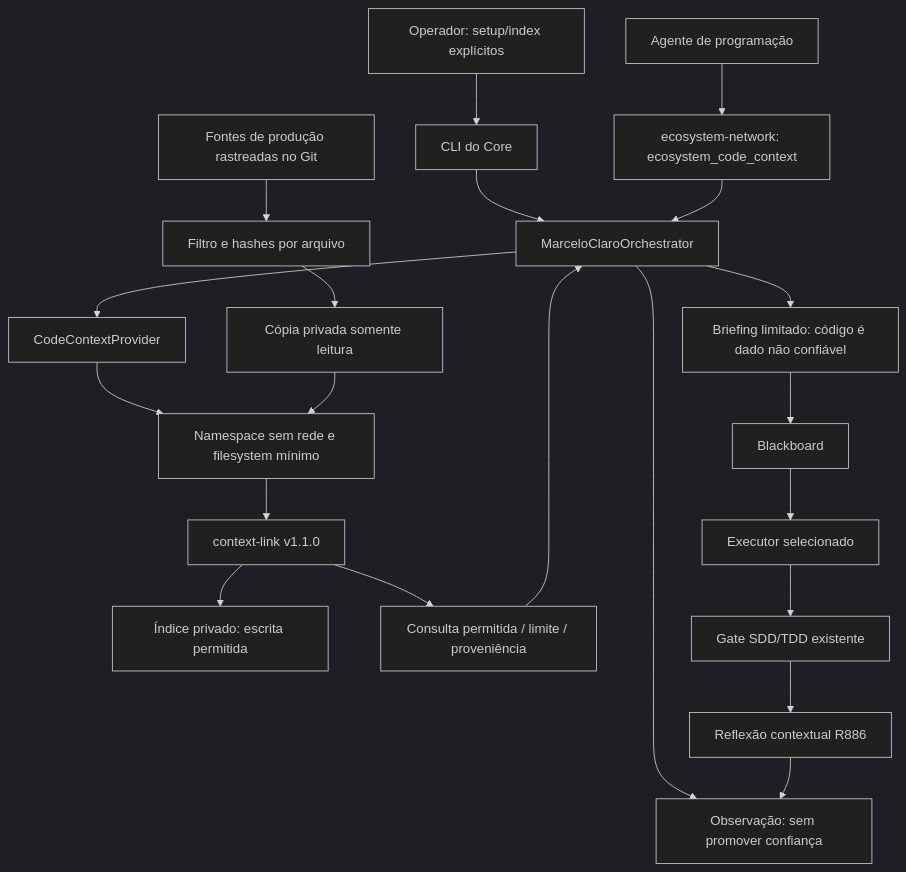
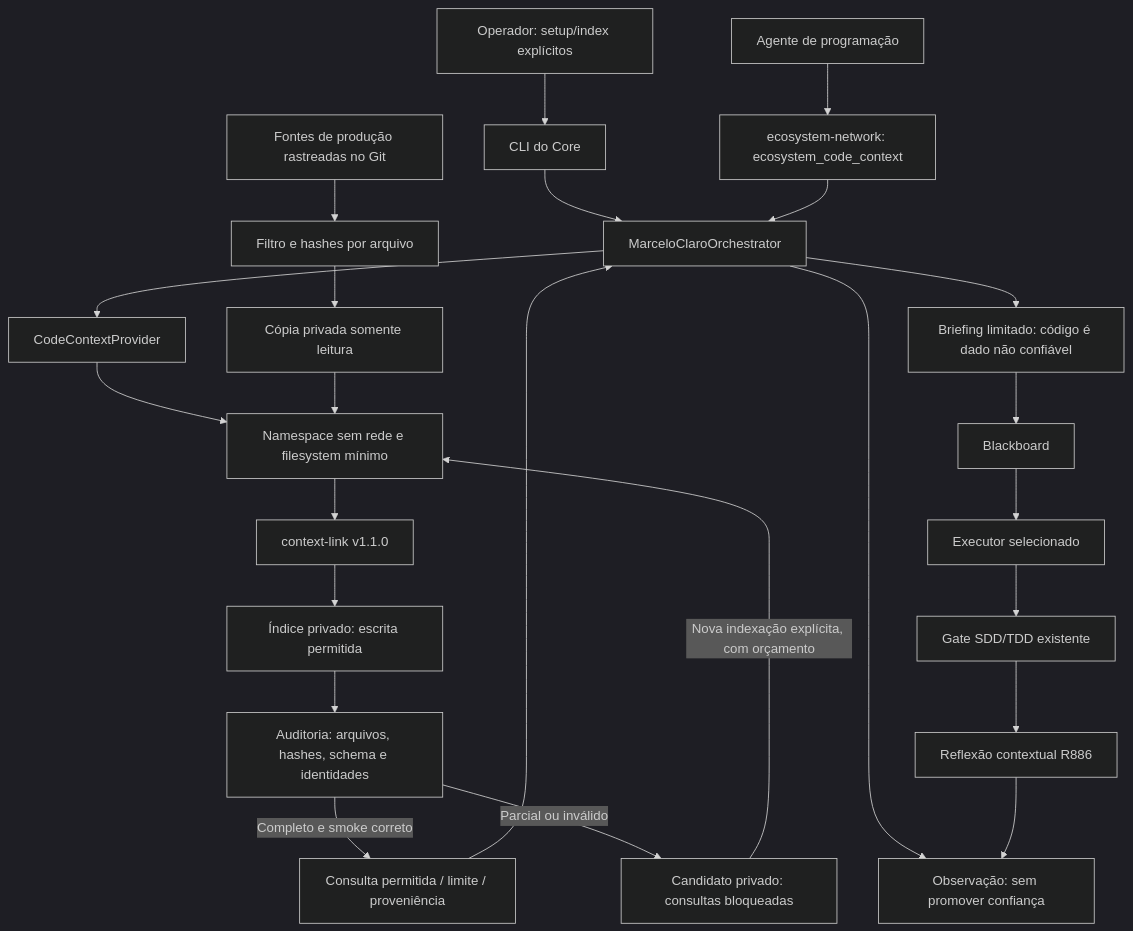
Before and after one commit to MarceloClaro/opencode-ecosystem-core: the diagram in docs/CONTEXTO_CODIGO_LOCAL_R887.md, drawn with Mermaid (dark theme). The commit also changed other lines of this file and 4 other files, not shown here.

````diff
--- a/docs/CONTEXTO_CODIGO_LOCAL_R887.md
+++ b/docs/CONTEXTO_CODIGO_LOCAL_R887.md
@@ -7,23 +7,26 @@
 ```mermaid
 flowchart TD
   Operador[Operador: setup/index explícitos] --> CLI[CLI do Core]
   CLI --> Primario[MarceloClaroOrchestrator]
   Agente[Agente de programação] --> MCP[ecosystem-network: ecosystem_code_context]
   MCP --> Primario
   Primario --> Provedor[CodeContextProvider]
   Git[Fontes de produção rastreadas no Git] --> Filtro[Filtro e hashes por arquivo]
   Filtro --> Corpus[Cópia privada somente leitura]
   Provedor --> Sandbox[Namespace sem rede e filesystem mínimo]
   Corpus --> Sandbox
   Sandbox --> ContextLink[context-link v1.1.0]
   ContextLink --> DB[Índice privado: escrita permitida]
-  ContextLink --> Contrato[Consulta permitida / limite / proveniência]
+  DB --> Auditoria[Auditoria: arquivos, hashes, schema e identidades]
+  Auditoria -->|Completo e smoke correto|Contrato[Consulta permitida / limite / proveniência]
+  Auditoria -->|Parcial ou inválido|Candidato[Candidato privado: consultas bloqueadas]
+  Candidato -->|Nova indexação explícita, com orçamento|Sandbox
   Contrato --> Primario
   Primario --> MetaBus[Observação: sem promover confiança]
   Primario --> Briefing[Briefing limitado: código é dado não confiável]
   Briefing --> Blackboard[Blackboard]
   Blackboard --> Executor[Executor selecionado]
   Executor --> Gate[Gate SDD/TDD existente]
   Gate --> Reflexao[Reflexão contextual R886]
   Reflexao --> MetaBus
 ```
````
